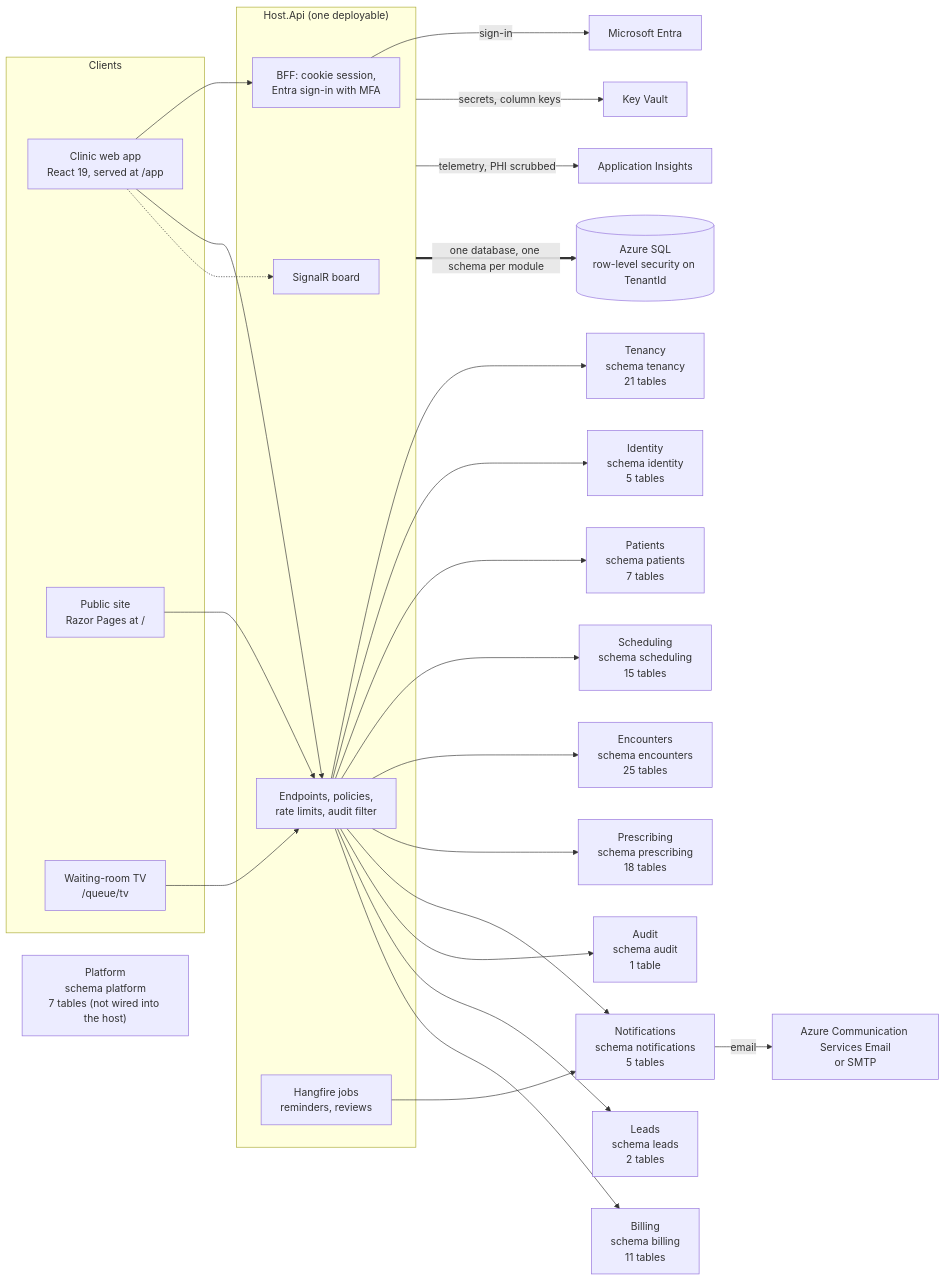
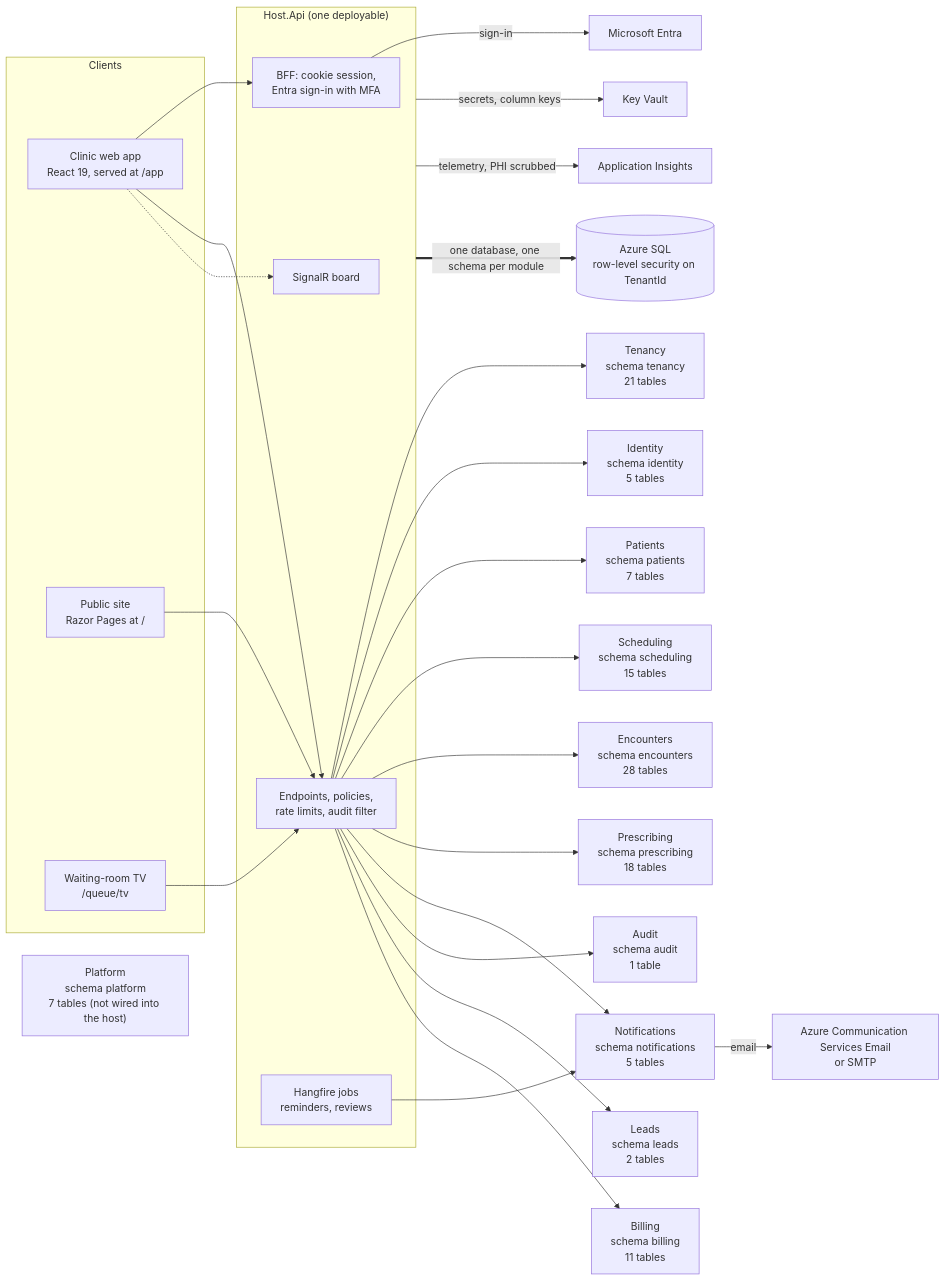
The first of 14 diagrams in docs/03-architecture/erd.md (ALFRED-LUCIFER/medvya), drawn with Mermaid before and after one commit. The commit also changed other lines of this file and 67 other files, not shown here.

First line of the commit message:
MDV-P8-E02: dental pack part 1 — tooth chart, treatment plan and estimate, bill lines, dental services, PDF (#1437)

````diff
--- a/docs/03-architecture/erd.md
+++ b/docs/03-architecture/erd.md
@@ -15,36 +15,36 @@
 ```mermaid
 flowchart LR
   subgraph Clients
     web["Clinic web app<br/>React 19, served at /app"]
     site["Public site<br/>Razor Pages at /"]
     tv["Waiting-room TV<br/>/queue/tv"]
   end
   subgraph Host["Host.Api (one deployable)"]
     bff["BFF: cookie session,<br/>Entra sign-in with MFA"]
     api["Endpoints, policies,<br/>rate limits, audit filter"]
     hub["SignalR board"]
     jobs["Hangfire jobs<br/>reminders, reviews"]
   end
   web --> bff
   web --> api
   web -.-> hub
   tv --> api
   site --> api
   api --> Tenancy["Tenancy<br/>schema tenancy<br/>21 tables"]
   api --> Identity["Identity<br/>schema identity<br/>5 tables"]
   api --> Patients["Patients<br/>schema patients<br/>7 tables"]
   api --> Scheduling["Scheduling<br/>schema scheduling<br/>15 tables"]
-  api --> Encounters["Encounters<br/>schema encounters<br/>25 tables"]
+  api --> Encounters["Encounters<br/>schema encounters<br/>28 tables"]
   api --> Prescribing["Prescribing<br/>schema prescribing<br/>18 tables"]
   api --> Notifications["Notifications<br/>schema notifications<br/>5 tables"]
   api --> Audit["Audit<br/>schema audit<br/>1 table"]
   api --> Leads["Leads<br/>schema leads<br/>2 tables"]
   api --> Billing["Billing<br/>schema billing<br/>11 tables"]
   Platform["Platform<br/>schema platform<br/>7 tables (not wired into the host)"]
   jobs --> Notifications
   bff -->|"sign-in"| entra["Microsoft Entra"]
   Notifications -->|"email"| mail["Azure Communication Services Email<br/>or SMTP"]
   Host -->|"secrets, column keys"| kv["Key Vault"]
   Host -->|"telemetry, PHI scrubbed"| ai["Application Insights"]
   Host ==>|"one database, one schema per module"| sql[("Azure SQL<br/>row-level security on TenantId")]
 ```
````
